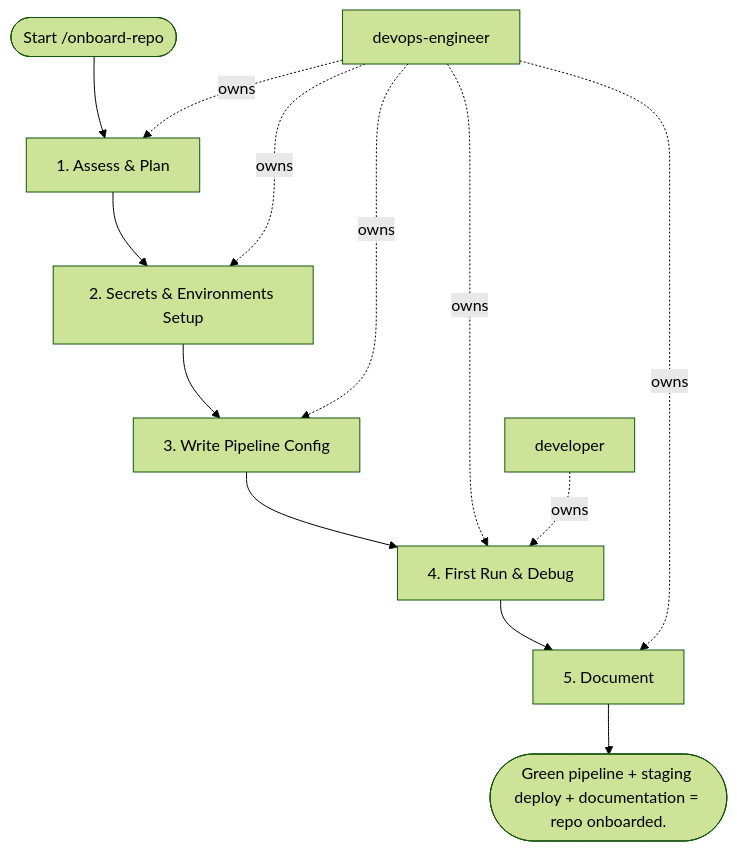
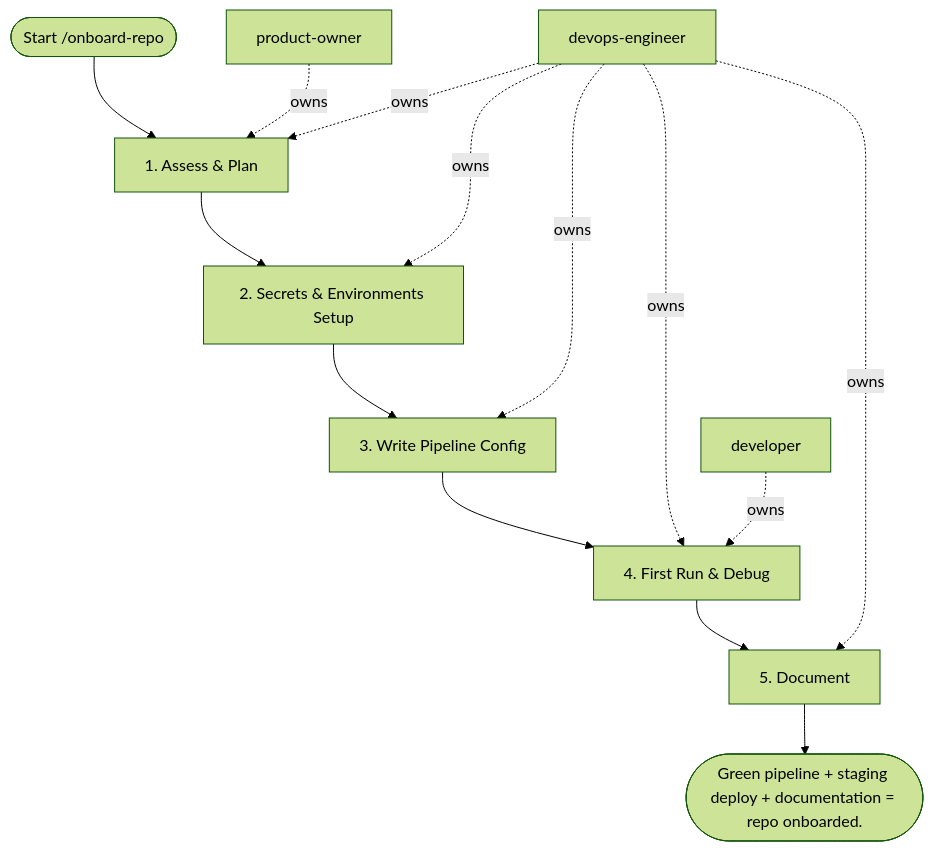
One commit to sawrus/agent-guides changed the diagram in areas/devops/ci-cd/workflows/onboard-repo.md. Above: the diagram before and after it, drawn with Mermaid (forest theme). The commit also changed other lines of this file and 76 other files, not shown here.

Commit message:
Standardize workflow product owner initiation

````diff
--- a/areas/devops/ci-cd/workflows/onboard-repo.md
+++ b/areas/devops/ci-cd/workflows/onboard-repo.md
@@ -75,24 +75,26 @@
 ```mermaid
 flowchart TD
   start(["Start /onboard-repo"])
-  role_1["devops-engineer"]
-  role_2["developer"]
+  role_1["product-owner"]
+  role_2["devops-engineer"]
+  role_3["developer"]
   step_1["1. Assess & Plan"]
   step_2["2. Secrets & Environments Setup"]
   step_3["3. Write Pipeline Config"]
   step_4["4. First Run & Debug"]
   step_5["5. Document"]
   exit(["Green pipeline + staging deploy + documentation = repo onboarded."])
   start --> step_1
   step_1 --> step_2
   step_2 --> step_3
   step_3 --> step_4
   step_4 --> step_5
   step_5 --> exit
   role_1 -. owns .-> step_1
-  role_1 -. owns .-> step_2
-  role_1 -. owns .-> step_3
-  role_1 -. owns .-> step_4
+  role_2 -. owns .-> step_1
+  role_2 -. owns .-> step_2
+  role_2 -. owns .-> step_3
   role_2 -. owns .-> step_4
-  role_1 -. owns .-> step_5
+  role_3 -. owns .-> step_4
+  role_2 -. owns .-> step_5
 ```
````
